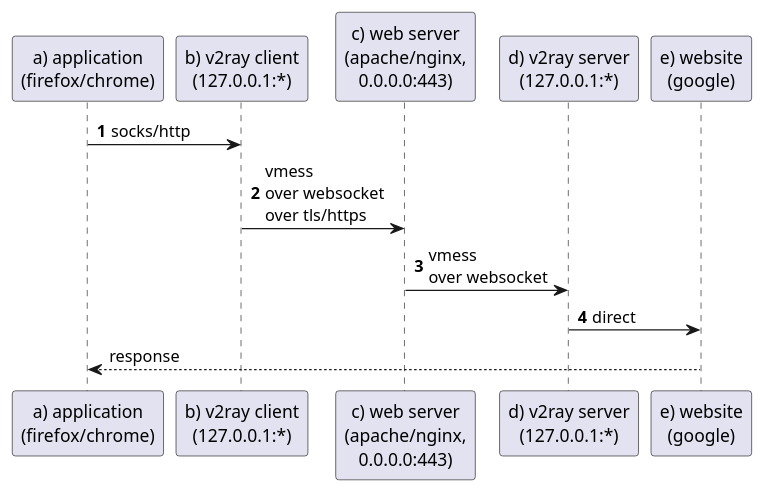
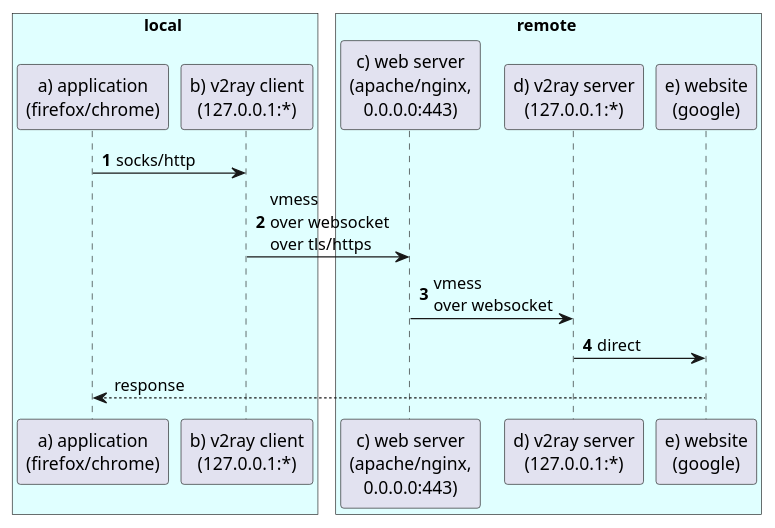
One commit to centixkadon/centixkadon.github.io changed the diagram in uml/server/v2ray.pu. Above: the diagram before and after it, drawn with PlantUML.

```diff
--- a/uml/server/v2ray.pu
+++ b/uml/server/v2ray.pu
@@ -1,10 +1,22 @@
 @startuml v2ray
+
+box local #LightCyan
+  participant application as "a) application\n(firefox/chrome)"
+  participant v2ray_client as "b) v2ray client\n(127.0.0.1:*)"
+end box
+box remote #LightCyan
+  participant web_server as "c) web server\n(apache/nginx,\n0.0.0.0:443)"
+  participant v2ray_server as "d) v2ray server\n(127.0.0.1:*)"
+  participant website as "e) website\n(google)"
+end box
+
 autonumber
-application as "a) application\n(firefox/chrome)" -> v2ray_client as "b) v2ray client\n(127.0.0.1:*)" : socks/http
-v2ray_client -> web_server as "c) web server\n(apache/nginx,\n0.0.0.0:443)" : vmess\nover websocket\nover tls/https
-web_server -> v2ray_server as "d) v2ray server\n(127.0.0.1:*)" : vmess\nover websocket
-v2ray_server -> website as "e) website\n(google)" : direct
+application -> v2ray_client : socks/http
+v2ray_client -> web_server : vmess\nover websocket\nover tls/https
+web_server -> v2ray_server : vmess\nover websocket
+v2ray_server -> website : direct
 
 autonumber stop
 application <-- website : response
+
 @enduml
```
